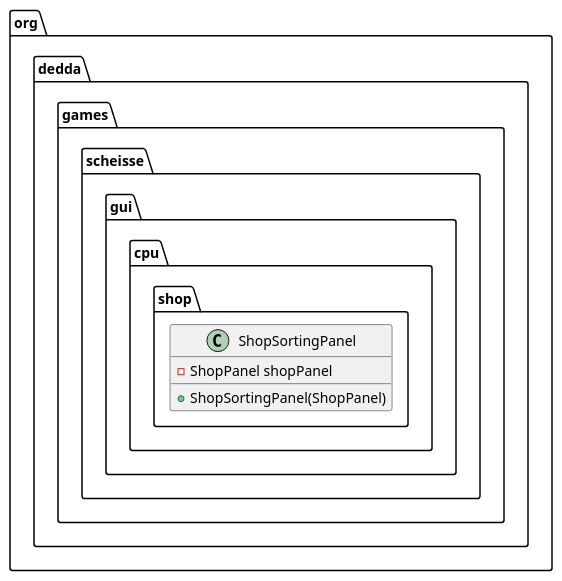
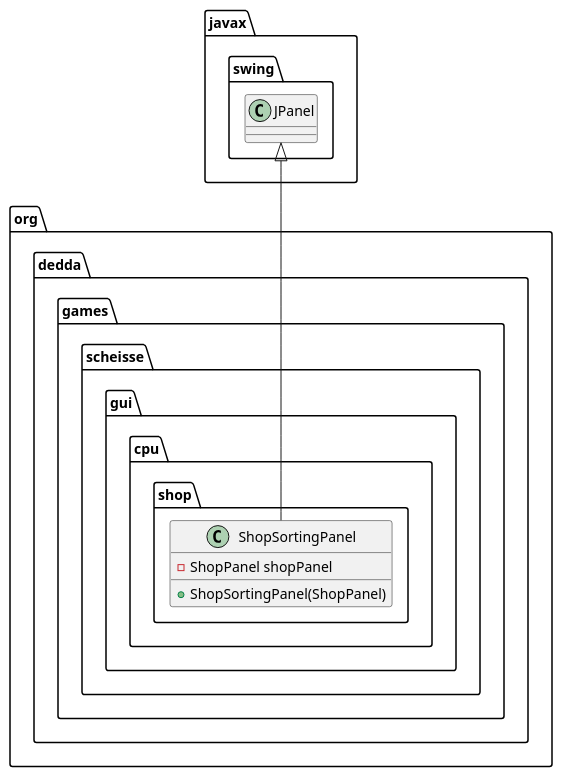
One commit to gitter-badger/scheisse changed the diagram in uml/classes/org.dedda.games.scheisse.gui.cpu.shop.ShopSortingPanel.puml. Above: the diagram before and after it, drawn with PlantUML. The commit also changed 16 other files, not shown here.

Commit message:
added more classes to uml and started to implement service client classes

```diff
--- a/uml/classes/org.dedda.games.scheisse.gui.cpu.shop.ShopSortingPanel.puml
+++ b/uml/classes/org.dedda.games.scheisse.gui.cpu.shop.ShopSortingPanel.puml
@@ -1,6 +1,10 @@
 @startuml
+class javax.swing.JPanel
+
 class org.dedda.games.scheisse.gui.cpu.shop.ShopSortingPanel{
     - ShopPanel shopPanel
     + ShopSortingPanel(ShopPanel)
 }
+
+javax.swing.JPanel <|-- org.dedda.games.scheisse.gui.cpu.shop.ShopSortingPanel
 @enduml
```
